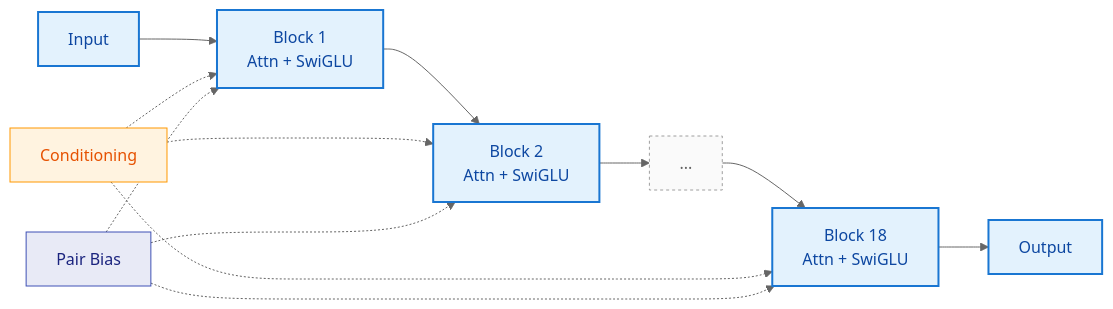
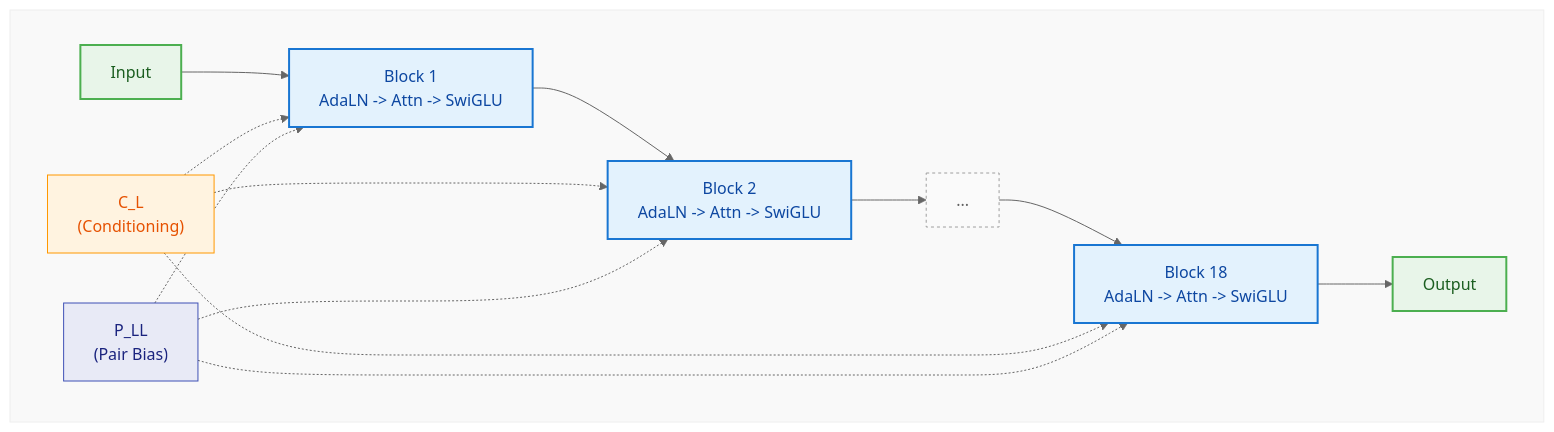
One commit to RTae/foundry changed diagram 12 of 15 in models/rfd3/RFD3_architecture_mermaid.md. Above: the diagram before and after it, drawn with Mermaid (neutral theme). The commit also changed other lines of this file, not shown here.

Commit message:
refactor: improve clarity of RFD3 model flow diagrams with updated annotations and background styles

````diff
--- a/models/rfd3/RFD3_architecture_mermaid.md
+++ b/models/rfd3/RFD3_architecture_mermaid.md
@@ -606,15 +626,21 @@
 ```mermaid
 flowchart LR
-    IN["Input"] --> B1["Block 1\nAttn + SwiGLU"] --> B2["Block 2\nAttn + SwiGLU"] --> dots["..."] --> B18["Block 18\nAttn + SwiGLU"] --> OUT["Output"]
-    SI["Conditioning"] -.-> B1 & B2 & B18
-    ZII["Pair Bias"] -.-> B1 & B2 & B18
+    subgraph TG [ ]
+        direction LR
+        IN["Input"] --> B1["Block 1\n AdaLN -> Attn -> SwiGLU"] --> B2["Block 2\n AdaLN -> Attn -> SwiGLU"] --> dots["..."] --> B18["Block 18\n AdaLN -> Attn -> SwiGLU"] --> OUT["Output"]
+        SI["C_L \n(Conditioning)"] -.-> B1 & B2 & B18
+        ZII["P_LL \n(Pair Bias)"] -.-> B1 & B2 & B18
+    end
 
-    style IN fill:#e3f2fd,stroke:#1976D2,stroke-width:2px,color:#0D47A1
+    style IN fill:#e8f5e9,stroke:#4CAF50,stroke-width:2px,color:#1B5E20
     style B1 fill:#e3f2fd,stroke:#1976D2,stroke-width:2px,color:#0D47A1
     style B2 fill:#e3f2fd,stroke:#1976D2,stroke-width:2px,color:#0D47A1
     style dots fill:#fafafa,stroke:#9E9E9E,stroke-width:1px,stroke-dasharray:3 3,color:#616161
     style B18 fill:#e3f2fd,stroke:#1976D2,stroke-width:2px,color:#0D47A1
-    style OUT fill:#e3f2fd,stroke:#1976D2,stroke-width:2px,color:#0D47A1
+    style OUT fill:#e8f5e9,stroke:#4CAF50,stroke-width:2px,color:#1B5E20
     style SI fill:#fff3e0,stroke:#FF9800,stroke-width:1px,color:#E65100
     style ZII fill:#e8eaf6,stroke:#3F51B5,stroke-width:1px,color:#1A237E
+
+    %% Background Style
+    style TG fill:#f9f9f9,stroke:#eeeeee,stroke-width:1px
 ```
````
